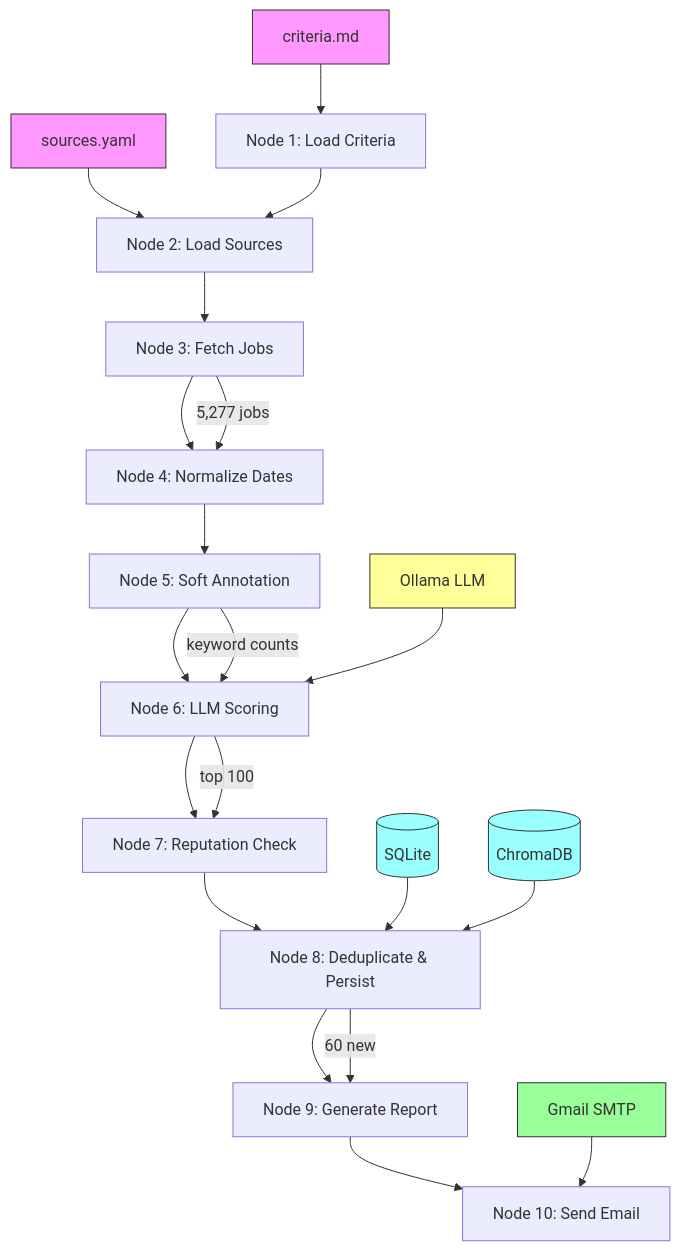
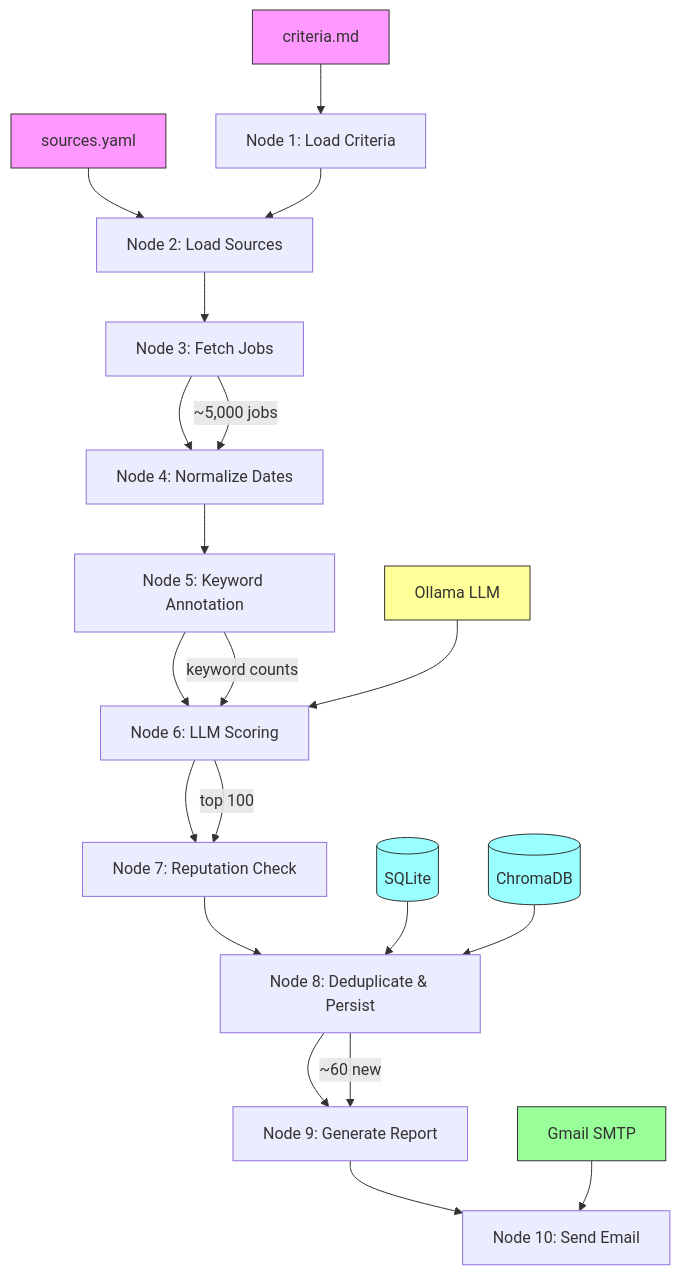
The diagram in README.md (agstya/antigravity-job-search-agent), drawn with Mermaid before and after one commit. The commit also changed other lines of this file and 1 other file, not shown here.

````diff
--- a/README.md
+++ b/README.md
@@ -133,31 +77,31 @@
 ```mermaid
 graph TD
     A[criteria.md] --> B[Node 1: Load Criteria]
     C[sources.yaml] --> D[Node 2: Load Sources]
     B --> D
     D --> E[Node 3: Fetch Jobs]
     E --> F[Node 4: Normalize Dates]
-    F --> G[Node 5: Soft Annotation]
+    F --> G[Node 5: Keyword Annotation]
     G --> H[Node 6: LLM Scoring]
     H --> I[Node 7: Reputation Check]
     I --> J[Node 8: Deduplicate & Persist]
     J --> K[Node 9: Generate Report]
     K --> L[Node 10: Send Email]
 
-    E -- "5,277 jobs" --> F
+    E -- "~5,000 jobs" --> F
     G -- "keyword counts" --> H
     H -- "top 100" --> I
-    J -- "60 new" --> K
+    J -- "~60 new" --> K
 
     M[(SQLite)] --> J
     N[(ChromaDB)] --> J
     O[Ollama LLM] --> H
     P[Gmail SMTP] --> L
 
     style A fill:#f9f,stroke:#333
     style C fill:#f9f,stroke:#333
     style O fill:#ff9,stroke:#333
     style M fill:#9ff,stroke:#333
     style N fill:#9ff,stroke:#333
     style P fill:#9f9,stroke:#333
 ```
````
